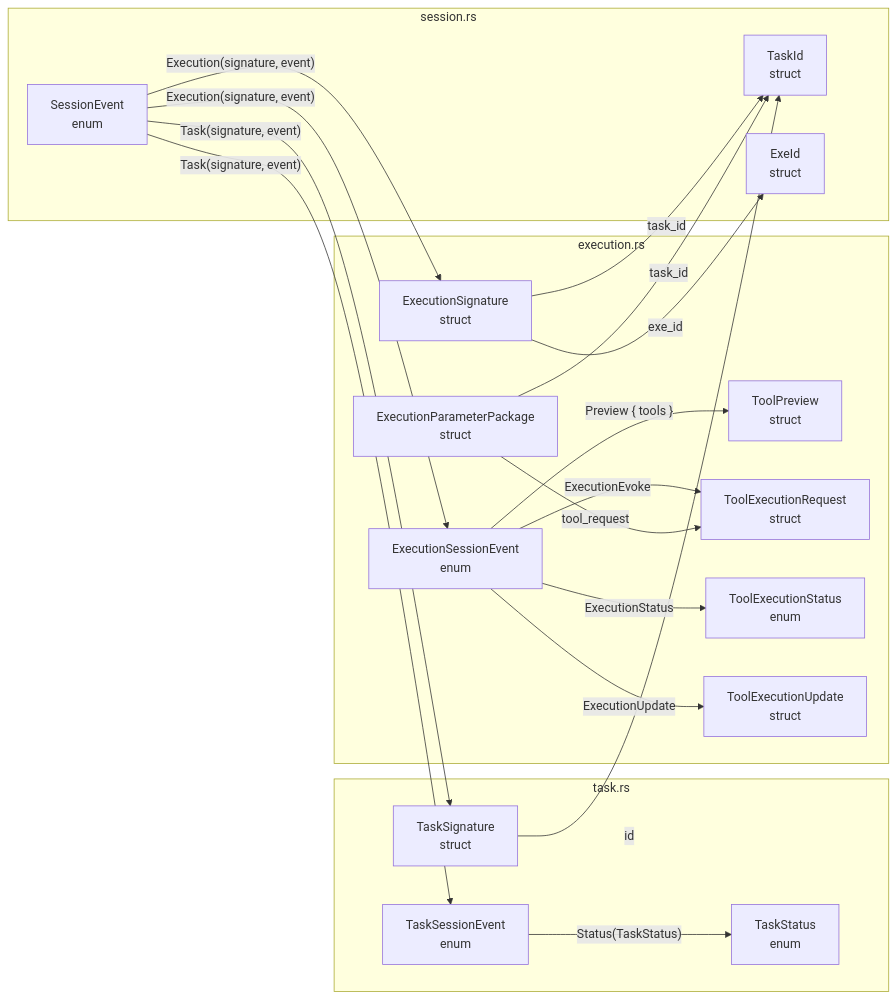
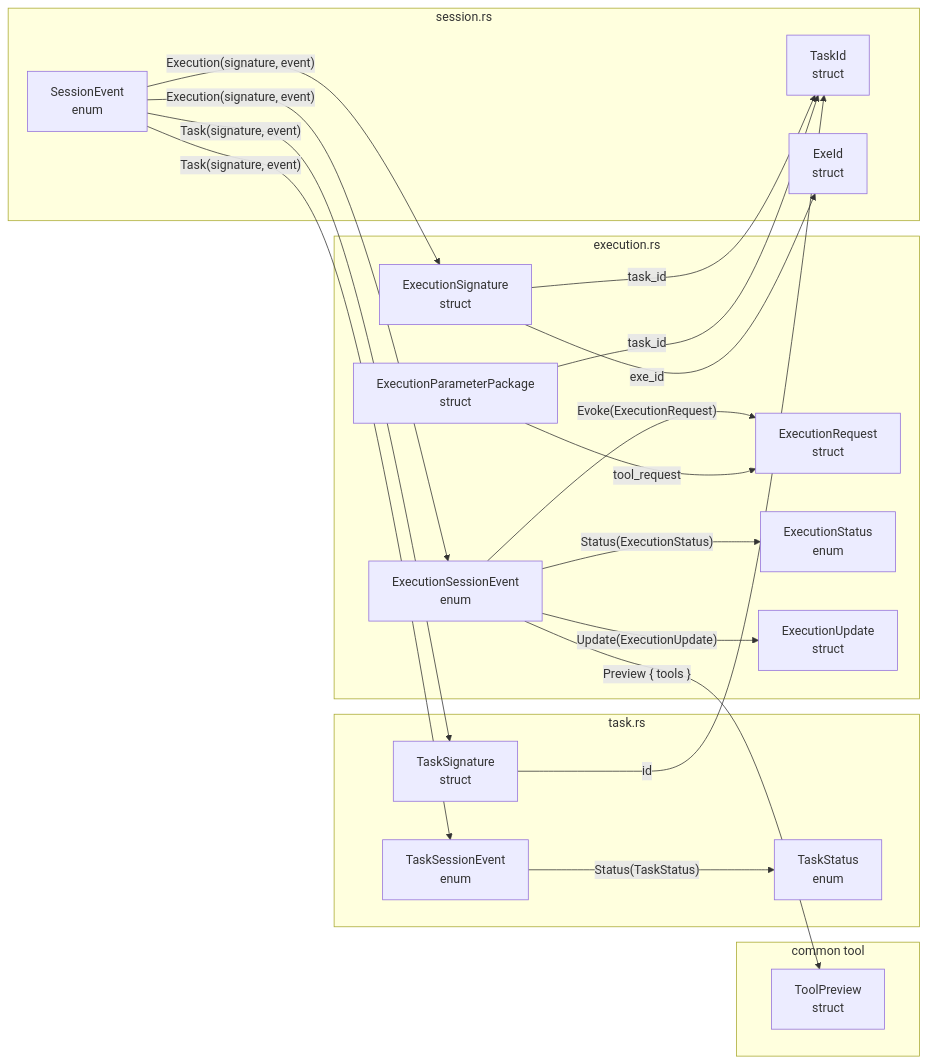
The diagram in src/common/protocol/.workflow.mmd (DexterDreeeam/Marix), drawn with Mermaid before and after one commit. The commit also changed 53 other files, not shown here.

Commit message:
Add tool schema, host/tool bin crate, ExecutionRuntime, and Executor tool structure

```diff
--- a/src/common/protocol/.workflow.mmd
+++ b/src/common/protocol/.workflow.mmd
@@ -1,38 +1,41 @@
 flowchart LR
   %% mod.rs only declares child files and re-exports the protocol surface.
   subgraph session_rs[session.rs]
     SessionEvent["SessionEvent\nenum"]
     TaskId["TaskId\nstruct"]
     ExeId["ExeId\nstruct"]
   end
 
   subgraph task_rs[task.rs]
     TaskSignature["TaskSignature\nstruct"]
     TaskSessionEvent["TaskSessionEvent\nenum"]
     TaskStatus["TaskStatus\nenum"]
   end
 
   subgraph execution_rs[execution.rs]
     ExecutionSignature["ExecutionSignature\nstruct"]
     ExecutionSessionEvent["ExecutionSessionEvent\nenum"]
+    ExecutionRequest["ExecutionRequest\nstruct"]
+    ExecutionStatus["ExecutionStatus\nenum"]
+    ExecutionUpdate["ExecutionUpdate\nstruct"]
+    ExecutionParameterPackage["ExecutionParameterPackage\nstruct"]
+  end
+
+  subgraph common_tool[common tool]
     ToolPreview["ToolPreview\nstruct"]
-    ToolExecutionRequest["ToolExecutionRequest\nstruct"]
-    ToolExecutionStatus["ToolExecutionStatus\nenum"]
-    ToolExecutionUpdate["ToolExecutionUpdate\nstruct"]
-    ExecutionParameterPackage["ExecutionParameterPackage\nstruct"]
   end
 
   SessionEvent -->|"Task(signature, event)"| TaskSignature
   SessionEvent -->|"Task(signature, event)"| TaskSessionEvent
   SessionEvent -->|"Execution(signature, event)"| ExecutionSignature
   SessionEvent -->|"Execution(signature, event)"| ExecutionSessionEvent
   TaskSignature -->|"id"| TaskId
   TaskSessionEvent -->|"Status(TaskStatus)"| TaskStatus
   ExecutionSignature -->|"task_id"| TaskId
   ExecutionSignature -->|"exe_id"| ExeId
   ExecutionSessionEvent -->|"Preview { tools }"| ToolPreview
-  ExecutionSessionEvent -->|"ExecutionEvoke"| ToolExecutionRequest
-  ExecutionSessionEvent -->|"ExecutionStatus"| ToolExecutionStatus
-  ExecutionSessionEvent -->|"ExecutionUpdate"| ToolExecutionUpdate
+  ExecutionSessionEvent -->|"Evoke(ExecutionRequest)"| ExecutionRequest
+  ExecutionSessionEvent -->|"Status(ExecutionStatus)"| ExecutionStatus
+  ExecutionSessionEvent -->|"Update(ExecutionUpdate)"| ExecutionUpdate
   ExecutionParameterPackage -->|"task_id"| TaskId
-  ExecutionParameterPackage -->|"tool_request"| ToolExecutionRequest
+  ExecutionParameterPackage -->|"tool_request"| ExecutionRequest
```
